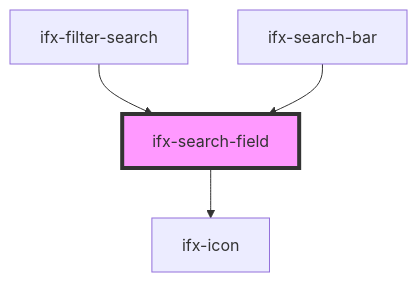
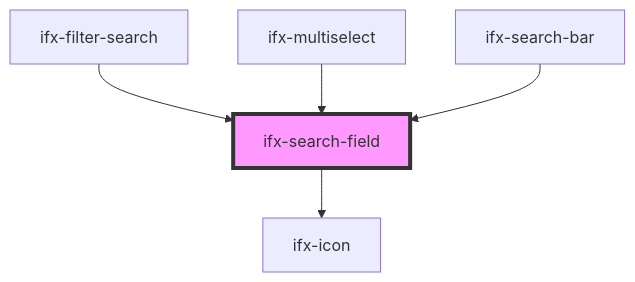
Before and after one commit to Infineon/infineon-design-system-stencil: the diagram in packages/components/src/components/search-field/readme.md, drawn with Mermaid. The commit also changed other lines of this file and 12 other files, not shown here.

````diff
--- a/packages/components/src/components/search-field/readme.md
+++ b/packages/components/src/components/search-field/readme.md
@@ -40,7 +41,8 @@
 ```mermaid
 graph TD;
   ifx-search-field --> ifx-icon
   ifx-filter-search --> ifx-search-field
+  ifx-multiselect --> ifx-search-field
   ifx-search-bar --> ifx-search-field
   style ifx-search-field fill:#f9f,stroke:#333,stroke-width:4px
 ```
````
